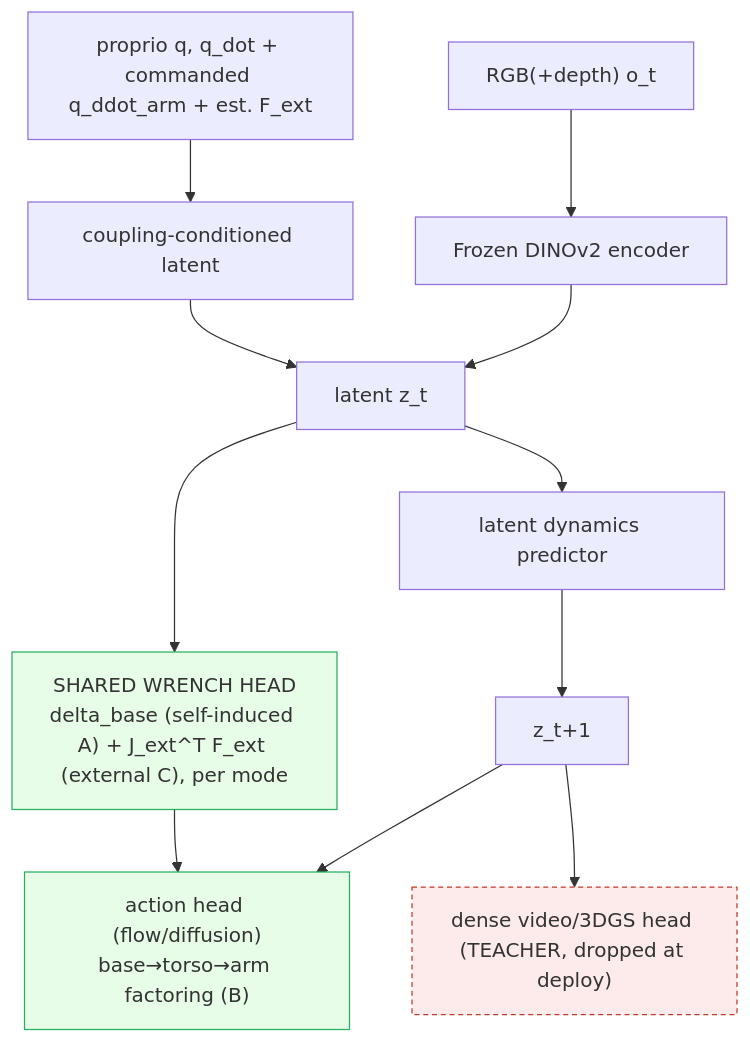
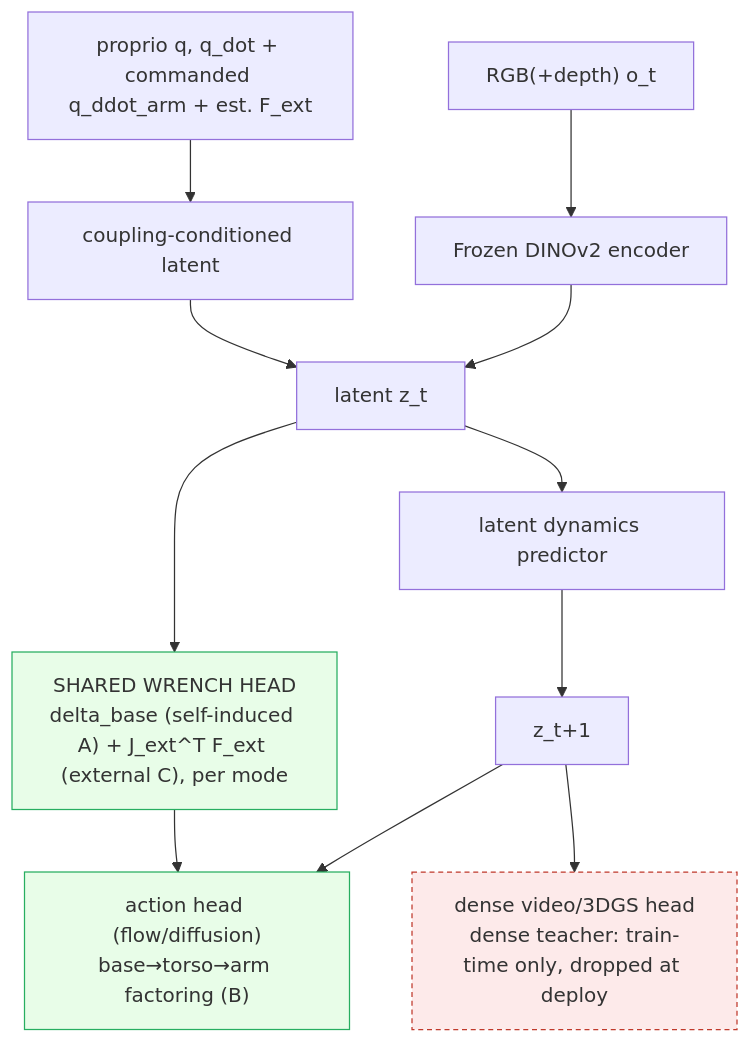
Before and after one commit to ChuaHanChong/ResearchBrain: the diagram in _Projects_/Research-Directions/Focus-Direction-Research-Plan.md, drawn with Mermaid. The commit also changed other lines of this file and 5 other files, not shown here.

````diff
--- a/_Projects_/Research-Directions/Focus-Direction-Research-Plan.md
+++ b/_Projects_/Research-Directions/Focus-Direction-Research-Plan.md
@@ -60,15 +60,15 @@
 ```mermaid
 graph TD
     O["RGB(+depth) o_t"] --> E["Frozen DINOv2 encoder"]
     P["proprio q, q_dot + commanded q_ddot_arm + est. F_ext"] --> C["coupling-conditioned latent"]
     E --> Z["latent z_t"]
     C --> Z
     Z --> D["latent dynamics predictor"] --> Zp["z_t+1"]
     Z --> W["SHARED WRENCH HEAD<br/>delta_base (self-induced A) + J_ext^T F_ext (external C), per mode"]
     Zp --> A["action head (flow/diffusion)<br/>base→torso→arm factoring (B)"]
-    Zp --> V["dense video/3DGS head (TEACHER, dropped at deploy)"]
+    Zp --> V["dense video/3DGS head<br/>dense teacher: train-time only, dropped at deploy"]
     W --> A
     style W fill:#e8fde8,stroke:#27ae60
     style A fill:#e8fde8,stroke:#27ae60
     style V fill:#fdeaea,stroke:#c0392b,stroke-dasharray: 4 3
 ```
````
